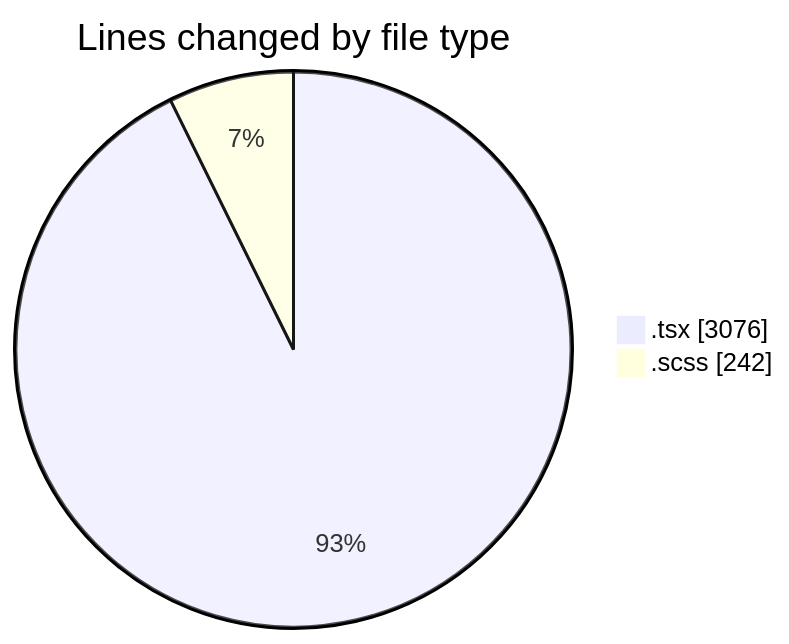
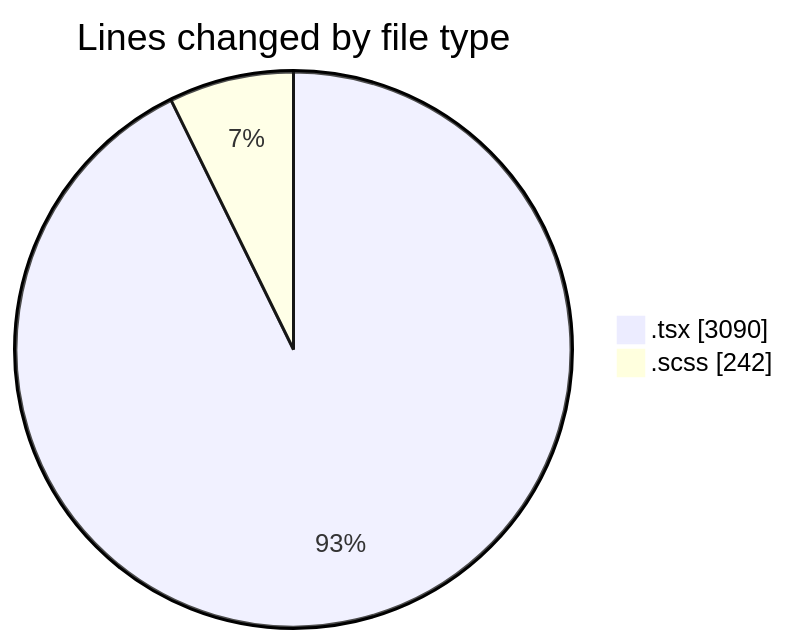
The first of 2 diagrams in 2025-07-03/cda/README.md (momahboobian/code-tracking), drawn with Mermaid before and after one commit. The commit also changed other lines of this file and 1 other file, not shown here.

````diff
--- a/2025-07-03/cda/README.md
+++ b/2025-07-03/cda/README.md
@@ -35,6 +35,6 @@
 ```mermaid
 pie showData
 title Lines changed by file type
-".tsx" : 3076
+".tsx" : 3090
 ".scss" : 242
 ```
````
